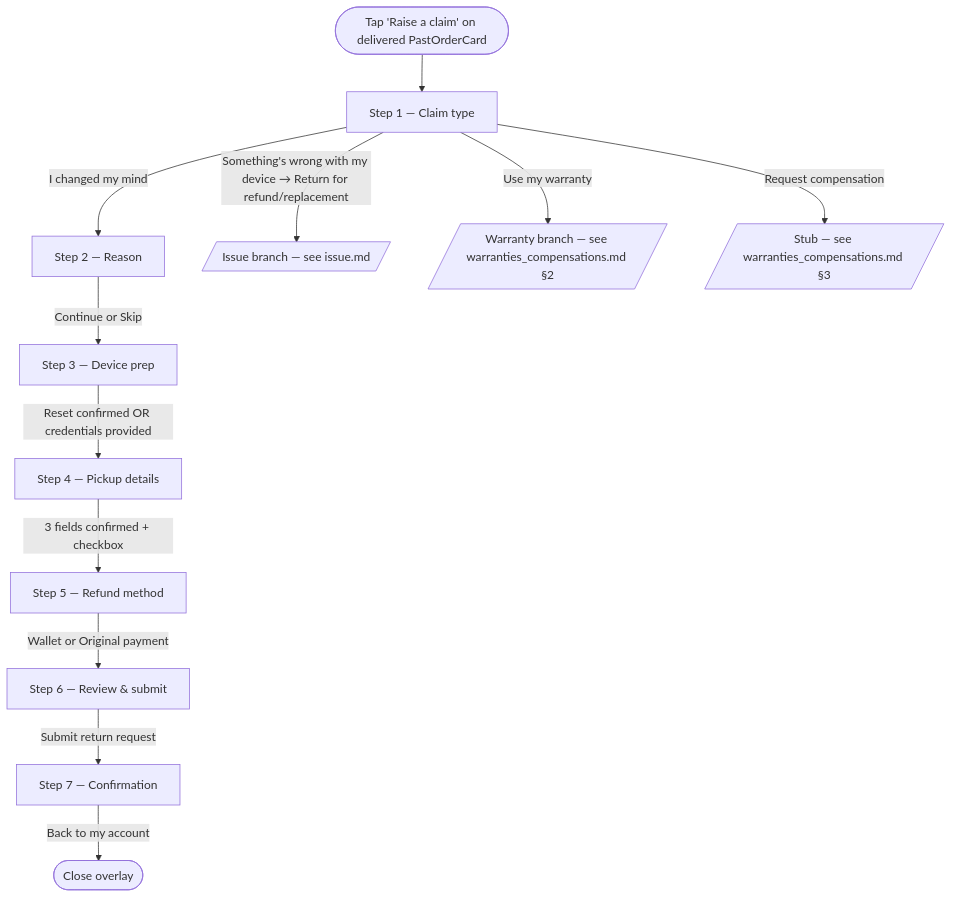
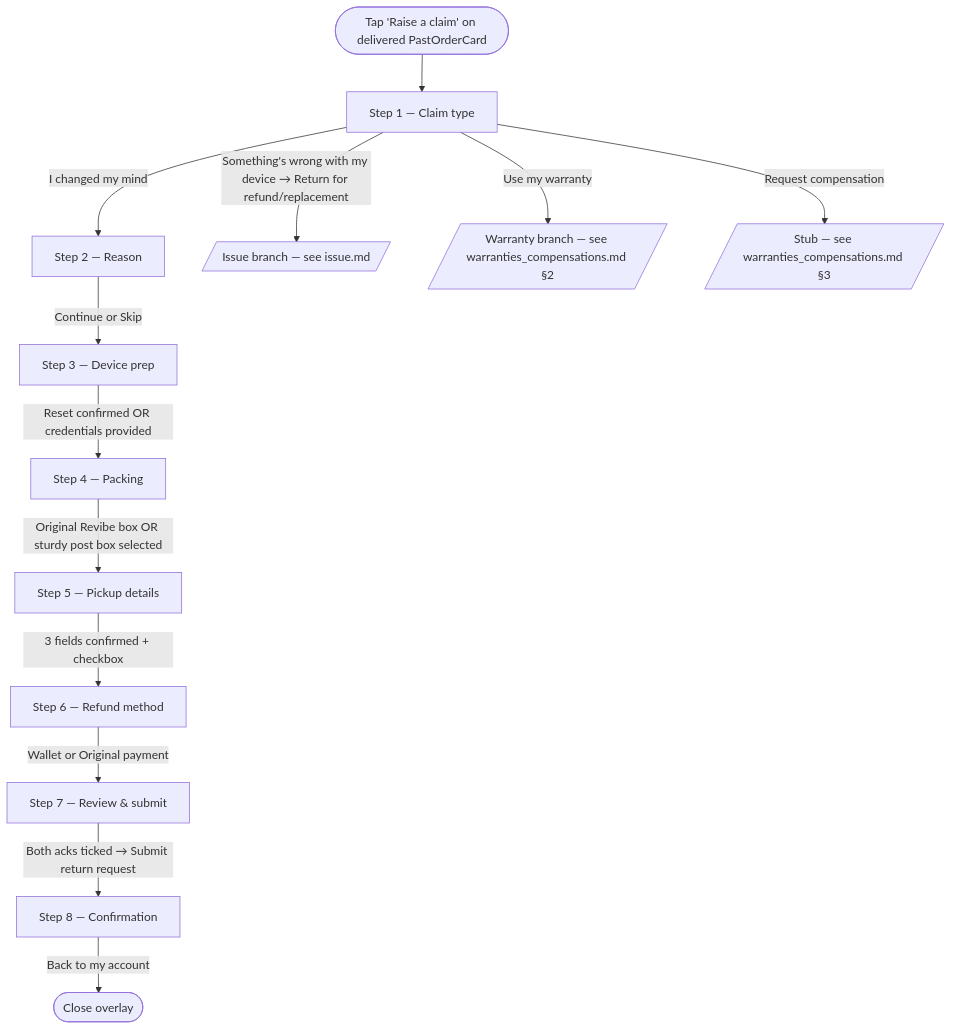
The first of 2 diagrams in docs/output/returns/change_of_mind.md (andrea-revibe/my-account-redesign-v2), drawn with Mermaid before and after one commit. The commit also changed other lines of this file and 12 other files, not shown here.

Commit message:
added a packing step and rearranged the review for raise a claim

````diff
--- a/docs/output/returns/change_of_mind.md
+++ b/docs/output/returns/change_of_mind.md
@@ -20,14 +20,15 @@
 ```mermaid
 flowchart TD
   entry([Tap 'Raise a claim' on delivered PastOrderCard]) --> s1[Step 1 — Claim type]
   s1 -->|I changed my mind| s2[Step 2 — Reason]
   s1 -->|Something's wrong with my device → Return for refund/replacement| issue[/Issue branch — see issue.md/]
   s1 -->|Use my warranty| warranty[/Warranty branch — see warranties_compensations.md §2/]
   s1 -->|Request compensation| stub2[/Stub — see warranties_compensations.md §3/]
   s2 -->|Continue or Skip| s3[Step 3 — Device prep]
-  s3 -->|Reset confirmed OR credentials provided| s4[Step 4 — Pickup details]
-  s4 -->|3 fields confirmed + checkbox| s5[Step 5 — Refund method]
-  s5 -->|Wallet or Original payment| s6[Step 6 — Review & submit]
-  s6 -->|Submit return request| s7[Step 7 — Confirmation]
-  s7 -->|Back to my account| close([Close overlay])
+  s3 -->|Reset confirmed OR credentials provided| s4[Step 4 — Packing]
+  s4 -->|Original Revibe box OR sturdy post box selected| s5[Step 5 — Pickup details]
+  s5 -->|3 fields confirmed + checkbox| s6[Step 6 — Refund method]
+  s6 -->|Wallet or Original payment| s7[Step 7 — Review & submit]
+  s7 -->|Both acks ticked → Submit return request| s8[Step 8 — Confirmation]
+  s8 -->|Back to my account| close([Close overlay])
 ```
````
